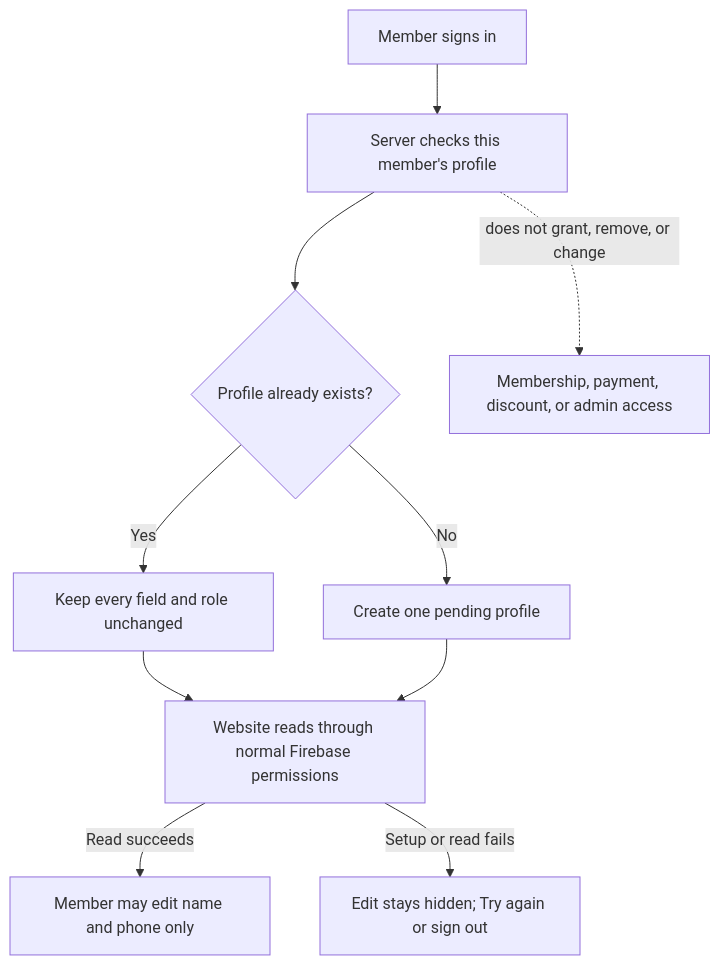
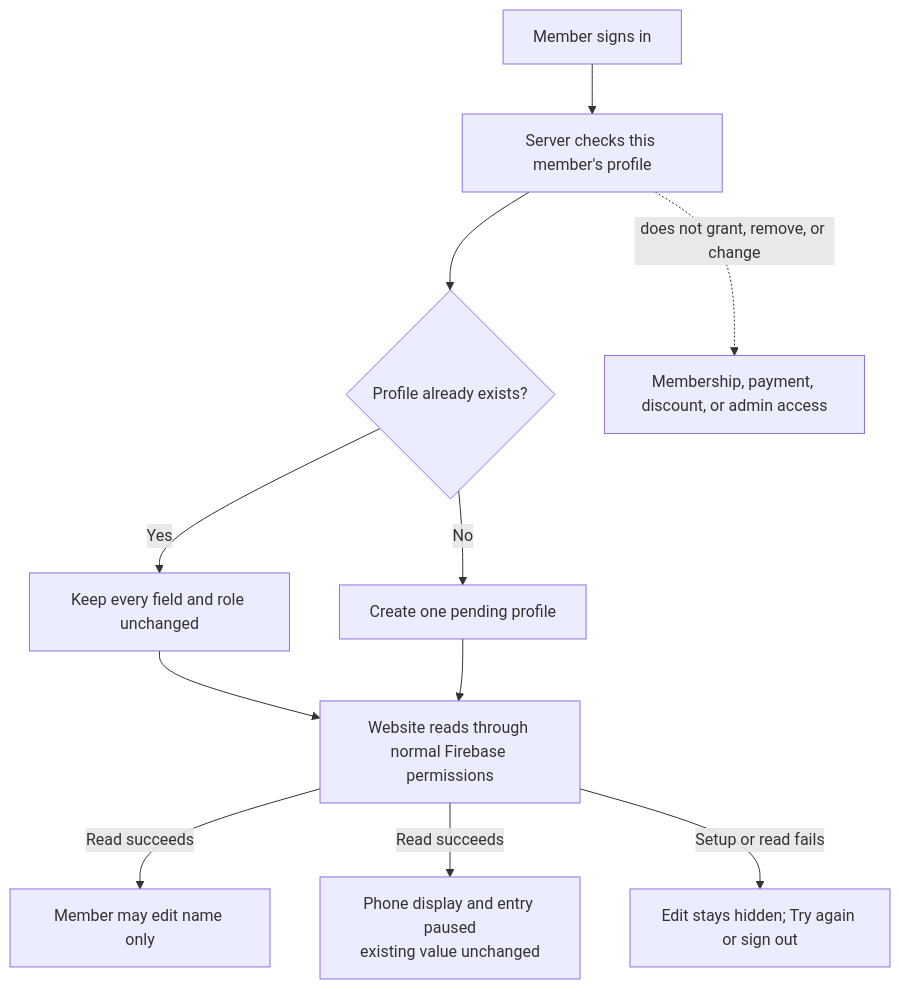
Before and after one commit to Run-MPRC/Run-MPRC.github.io: the fifth of 6 diagrams in docs/officers/SYSTEM_MAPS.md, drawn with Mermaid. The commit also changed other lines of this file and 9 other files, not shown here.

````diff
--- a/docs/officers/SYSTEM_MAPS.md
+++ b/docs/officers/SYSTEM_MAPS.md
@@ -87,12 +87,13 @@
 ```mermaid
 flowchart TD
     SignIn["Member signs in"] --> Ensure["Server checks this member's profile"]
     Ensure --> Existing{"Profile already exists?"}
     Existing -- "Yes" --> Preserve["Keep every field and role unchanged"]
     Existing -- "No" --> Pending["Create one pending profile"]
     Preserve --> Read["Website reads through normal Firebase permissions"]
     Pending --> Read
-    Read -- "Read succeeds" --> Edit["Member may edit name and phone only"]
+    Read -- "Read succeeds" --> Edit["Member may edit name only"]
+    Read -- "Read succeeds" --> Phone["Phone display and entry paused\nexisting value unchanged"]
     Read -- "Setup or read fails" --> Safe["Edit stays hidden; Try again or sign out"]
     Ensure -. "does not grant, remove, or change" .-> Access["Membership, payment, discount, or admin access"]
 ```
````
